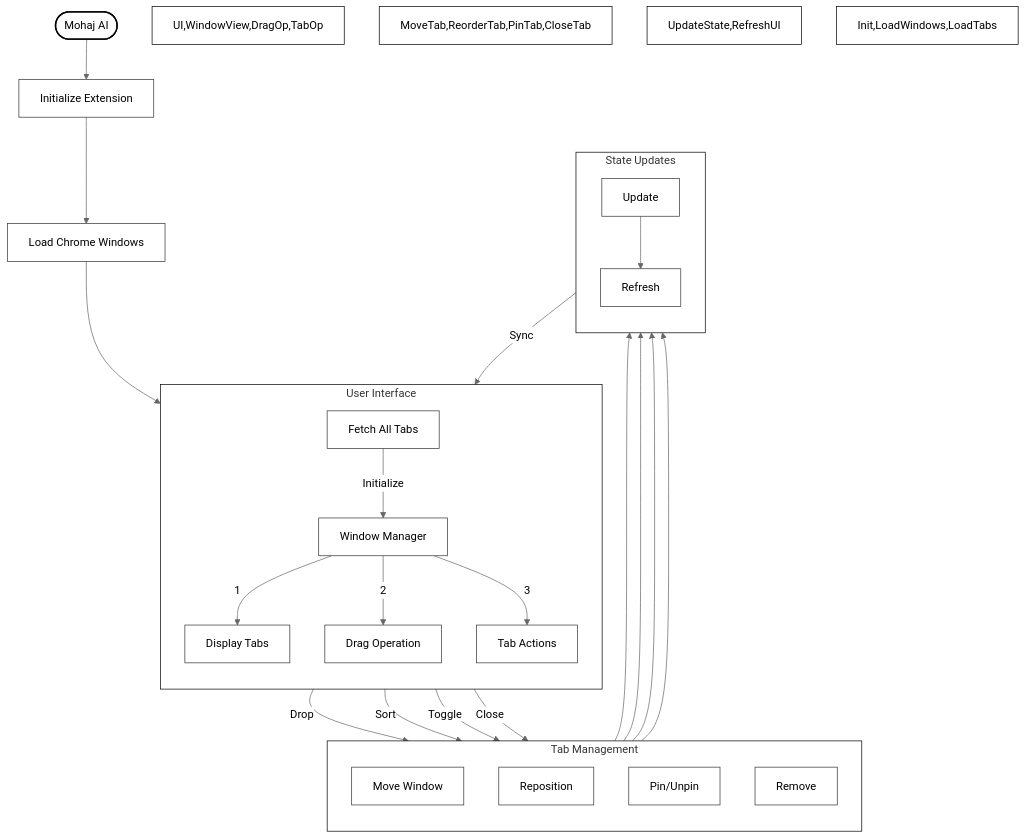
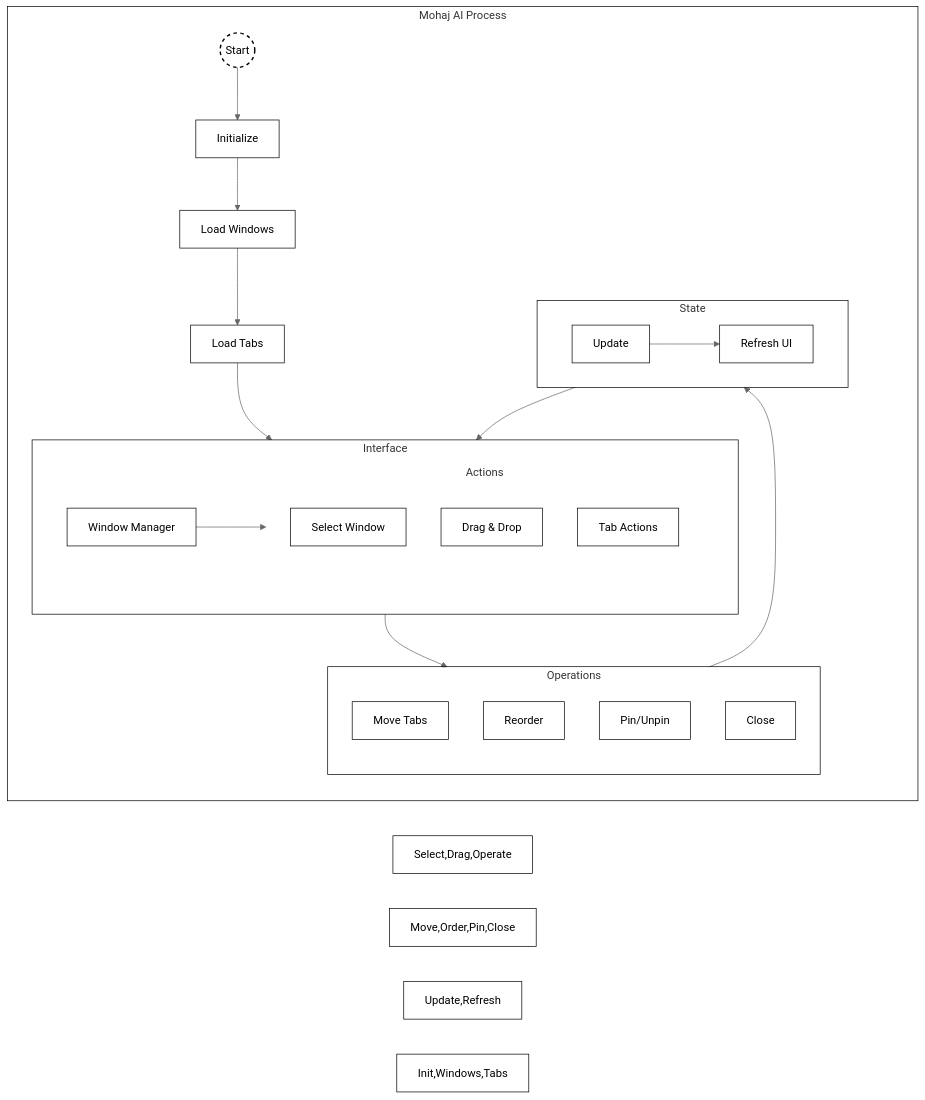
The diagram in README.md (moelhaj996/AI-Powered-Tab-Manager-Organizer), drawn with Mermaid (neutral theme) before and after one commit.

````diff
--- a/README.md
+++ b/README.md
@@ -5,50 +5,62 @@
 ```mermaid
-flowchart TD
-    %% Initialization Process
-    Start([Mohaj AI]) --> Init[Initialize Extension]
-    Init --> LoadWindows[Load Chrome Windows]
-    LoadWindows --> LoadTabs[Fetch All Tabs]
+flowchart LR
+    %% Main Process Container
+    subgraph Process[" Mohaj AI Process "]
+        direction TB
+        
+        %% Core Flow
+        Start((Start)) --> Init["Initialize"]
+        Init --> Windows["Load Windows"]
+        Windows --> Tabs["Load Tabs"]
+        
+        %% Interface Layer
+        subgraph UI[" Interface "]
+            direction LR
+            Manager["Window Manager"] --> Actions
+            subgraph Actions
+                direction TB
+                Select["Select Window"] 
+                Drag["Drag & Drop"]
+                Operate["Tab Actions"]
+            end
+        end
+        
+        %% Operations Layer
+        subgraph Ops[" Operations "]
+            direction TB
+            Move["Move Tabs"]
+            Order["Reorder"]
+            Pin["Pin/Unpin"]
+            Close["Close"]
+        end
+        
+        %% State Layer
+        subgraph State[" State "]
+            direction LR
+            Update["Update"] --> Refresh["Refresh UI"]
+        end
+        
+        %% Connections
+        Tabs --> Manager
+        Actions --> Ops
+        Ops --> Update
+        Refresh --> Manager
+    end
     
-    %% User Interface Layer
-    subgraph User_Interface[" User Interface "]
-        direction TB
-        LoadTabs --> |Initialize| UI[Window Manager]
-        UI --> |"1"| WindowView["Display Tabs"]
-        UI --> |"2"| DragOp["Drag Operation"]
-        UI --> |"3"| TabOp["Tab Actions"]
-    end
-
-    %% Tab Operations
-    subgraph Tab_Operations[" Tab Management "]
-        direction TB
-        DragOp --> |"Drop"| MoveTab["Move Window"]
-        DragOp --> |"Sort"| ReorderTab["Reposition"]
-        TabOp --> |"Toggle"| PinTab["Pin/Unpin"]
-        TabOp --> |"Close"| CloseTab["Remove"]
-    end
-
-    %% State Management
-    subgraph State_Updates[" State Updates "]
-        direction TB
-        MoveTab & ReorderTab & PinTab & CloseTab --> UpdateState["Update"]
-        UpdateState --> RefreshUI["Refresh"]
-        RefreshUI --> |"Sync"| UI
-    end
-
     %% Styling
-    classDef default fill:white,stroke:#333,stroke-width:1px
-    classDef start fill:white,stroke:#000,stroke-width:2px
+    classDef default fill:white,stroke:#000,stroke-width:1px
+    classDef container fill:none,stroke:#000,stroke-width:1px
+    classDef start fill:none,stroke:#000,stroke-width:2px,stroke-dasharray: 5 5
     
+    %% Apply styles
     class Start start
+    class Process,UI,Ops,State container
     
-    %% Subgraph styling
-    style User_Interface fill:white,stroke:#000,stroke-width:1px
-    style Tab_Operations fill:white,stroke:#000,stroke-width:1px
-    style State_Updates fill:white,stroke:#000,stroke-width:1px
-    
-    %% Node styling - all nodes white with black borders
-    style UI,WindowView,DragOp,TabOp fill:white,stroke:#000,stroke-width:1px
-    style MoveTab,ReorderTab,PinTab,CloseTab fill:white,stroke:#000,stroke-width:1px
-    style UpdateState,RefreshUI fill:white,stroke:#000,stroke-width:1px
-    style Init,LoadWindows,LoadTabs fill:white,stroke:#000,stroke-width:1px
+    %% Node styles
+    style Manager fill:white,stroke:#000,stroke-width:1px
+    style Actions fill:none,stroke:none
+    style Select,Drag,Operate fill:white,stroke:#000,stroke-width:1px
+    style Move,Order,Pin,Close fill:white,stroke:#000,stroke-width:1px
+    style Update,Refresh fill:white,stroke:#000,stroke-width:1px
+    style Init,Windows,Tabs fill:white,stroke:#000,stroke-width:1px
 ```
````
